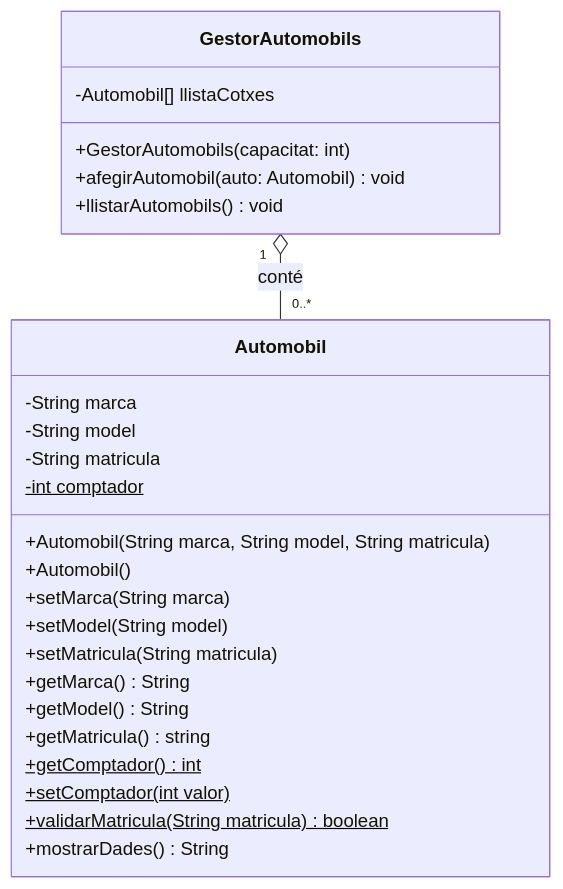
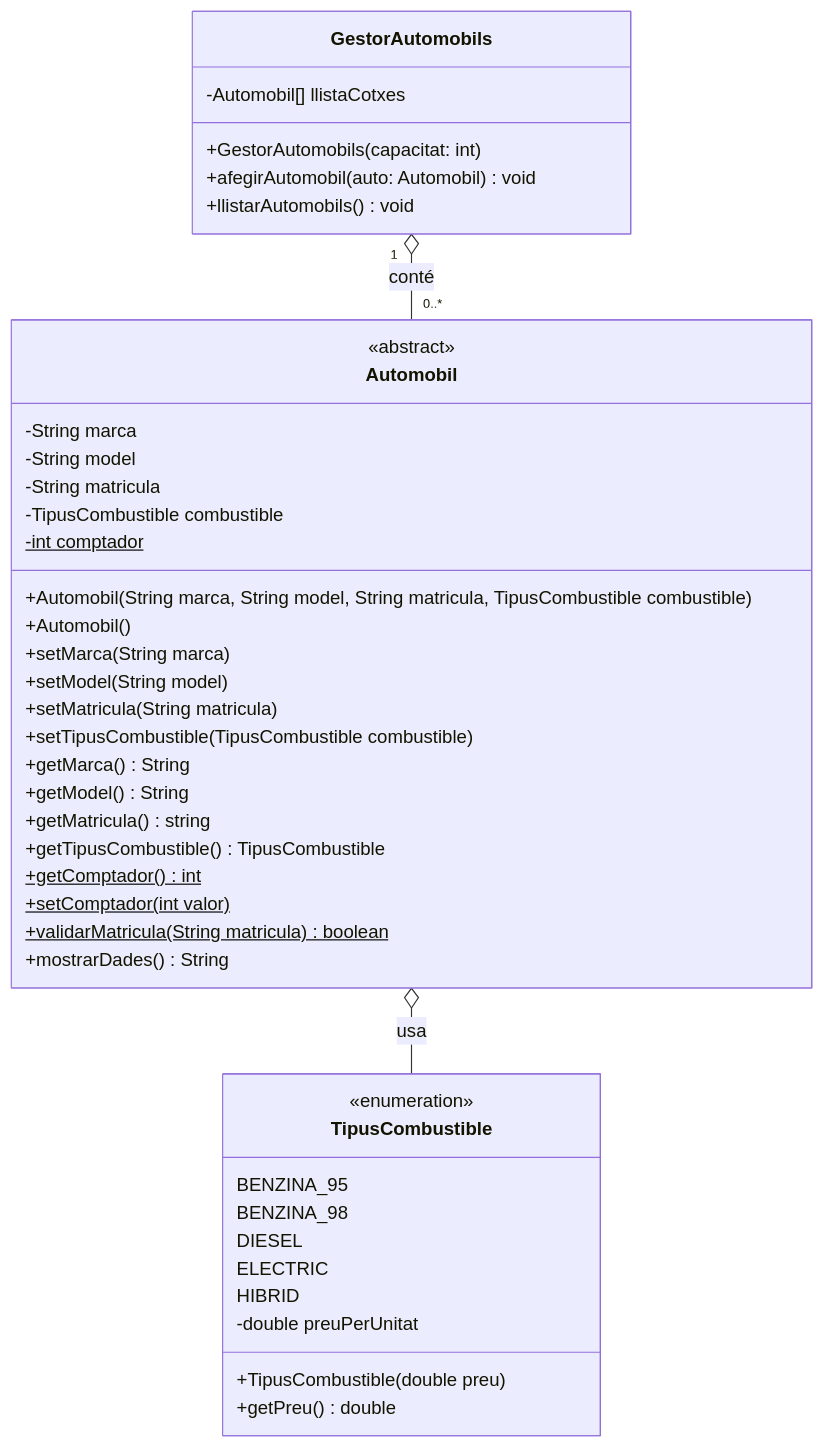
Before and after one commit to jraichs01/app-llogauto: the diagram in UML_gestorautomobil.mmd, drawn with Mermaid. The commit also changed 2 other files, not shown here.

Commit message:
"modificat els UML, classe Automobil i afegit classe TipusCombustible "

```diff
--- a/UML_gestorautomobil.mmd
+++ b/UML_gestorautomobil.mmd
@@ -1,33 +1,50 @@
 classDiagram
     class GestorAutomobils {
         -Automobil[] llistaCotxes
         +GestorAutomobils(capacitat: int)
         +afegirAutomobil(auto: Automobil) void
         +llistarAutomobils() void
     }
 
 
     %% modifiqueu la classe Automobil perquè coincideixi amb la classe Automobil definida anteriorment
     class Automobil {
+        <<abstract>>
         -String marca
         -String model
         -String matricula
+        -TipusCombustible combustible
         -int comptador$
-        +Automobil(String marca, String model, String matricula)
+        +Automobil(String marca, String model, String matricula, TipusCombustible combustible)
         +Automobil()
         +setMarca(String marca)
         +setModel(String model)
         +setMatricula(String matricula)
+        +setTipusCombustible(TipusCombustible combustible)
         +getMarca() String
         +getModel() String
         +getMatricula() string
+        +getTipusCombustible() TipusCombustible
+
 
         +getComptador()$ int
         %% setComptador --> per inicialitzar-lo
         +setComptador(int valor)$
         +validarMatricula(String matricula)$ boolean
         +mostrarDades() String
     }
 
+    class TipusCombustible {
+        <<enumeration>>
+        BENZINA_95
+        BENZINA_98
+        DIESEL
+        ELECTRIC
+        HIBRID
+        -double preuPerUnitat
+        +TipusCombustible(double preu)
+        +getPreu() double
+    }
 
     GestorAutomobils "1" o-- "0..*" Automobil : conté
+    Automobil o-- TipusCombustible : usa
```
